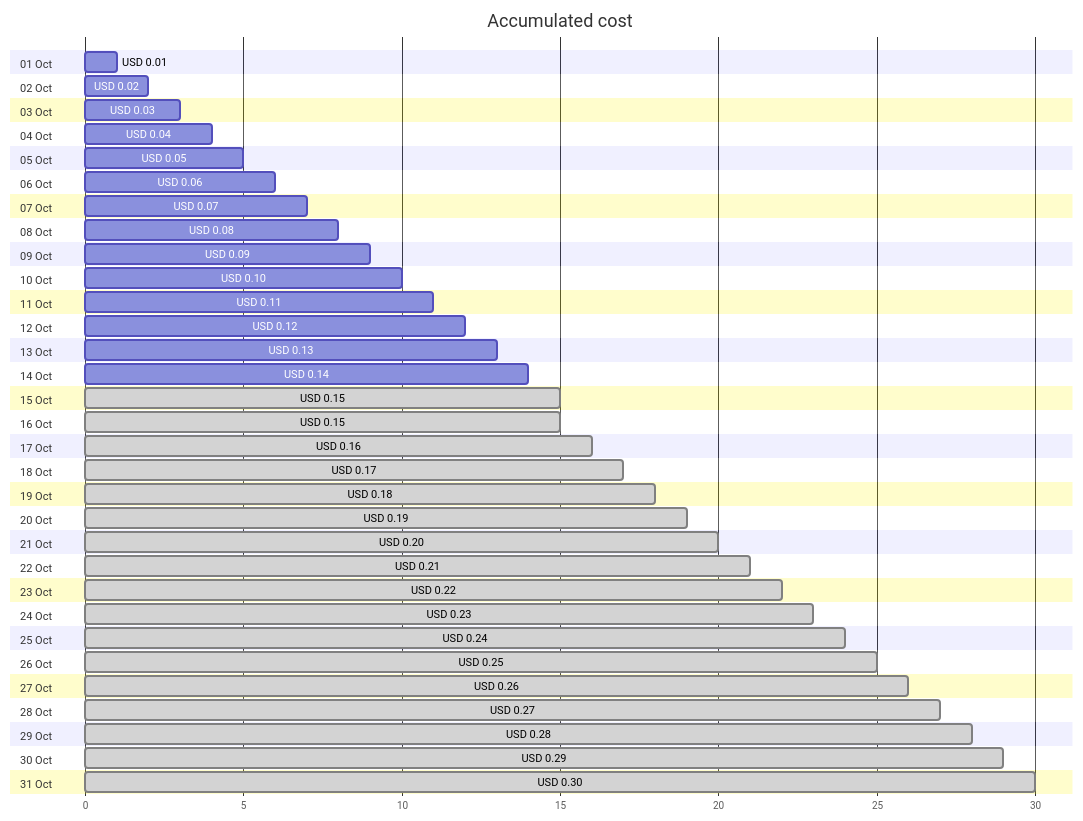
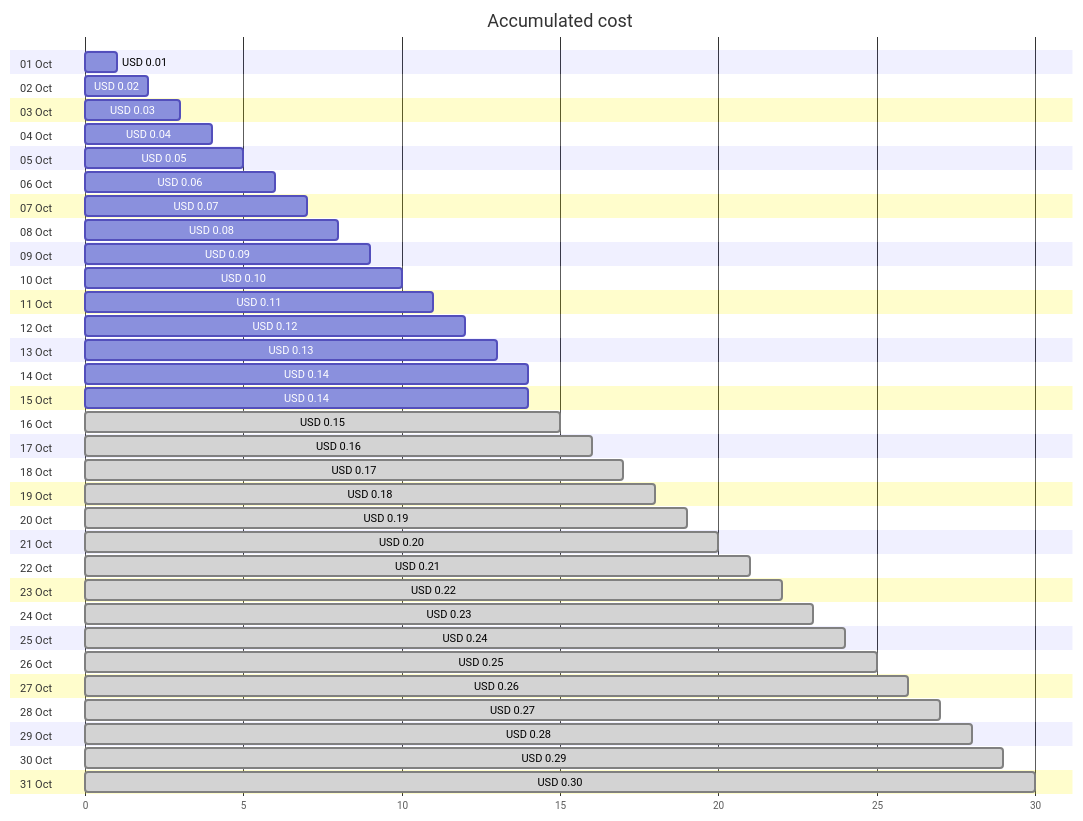
The first of 4 diagrams in cost-reports/cloud-shell-storage-eastus/README.md (jpfulton/azure-personal-reports), drawn with Mermaid before and after one commit. The commit also changed other lines of this file and 1 other file, not shown here.

````diff
--- a/cost-reports/cloud-shell-storage-eastus/README.md
+++ b/cost-reports/cloud-shell-storage-eastus/README.md
@@ -20,68 +20,68 @@
 ```mermaid
 gantt
    title Accumulated cost
    dateFormat  X
    axisFormat %s
    section 01 Oct
    USD 0.01 :0, 1
    section 02 Oct
    USD 0.02 :0, 2
    section 03 Oct
    USD 0.03 :0, 3
    section 04 Oct
    USD 0.04 :0, 4
    section 05 Oct
    USD 0.05 :0, 5
    section 06 Oct
    USD 0.06 :0, 6
    section 07 Oct
    USD 0.07 :0, 7
    section 08 Oct
    USD 0.08 :0, 8
    section 09 Oct
    USD 0.09 :0, 9
    section 10 Oct
    USD 0.10 :0, 10
    section 11 Oct
    USD 0.11 :0, 11
    section 12 Oct
    USD 0.12 :0, 12
    section 13 Oct
    USD 0.13 :0, 13
    section 14 Oct
    USD 0.14 :0, 14
    section 15 Oct
-   USD 0.15 : done, 0, 15
+   USD 0.14 :0, 14
    section 16 Oct
    USD 0.15 : done, 0, 15
    section 17 Oct
    USD 0.16 : done, 0, 16
    section 18 Oct
    USD 0.17 : done, 0, 17
    section 19 Oct
    USD 0.18 : done, 0, 18
    section 20 Oct
    USD 0.19 : done, 0, 19
    section 21 Oct
    USD 0.20 : done, 0, 20
    section 22 Oct
    USD 0.21 : done, 0, 21
    section 23 Oct
    USD 0.22 : done, 0, 22
    section 24 Oct
    USD 0.23 : done, 0, 23
    section 25 Oct
    USD 0.24 : done, 0, 24
    section 26 Oct
    USD 0.25 : done, 0, 25
    section 27 Oct
    USD 0.26 : done, 0, 26
    section 28 Oct
    USD 0.27 : done, 0, 27
    section 29 Oct
    USD 0.28 : done, 0, 28
    section 30 Oct
    USD 0.29 : done, 0, 29
    section 31 Oct
    USD 0.30 : done, 0, 30
 ```
````
